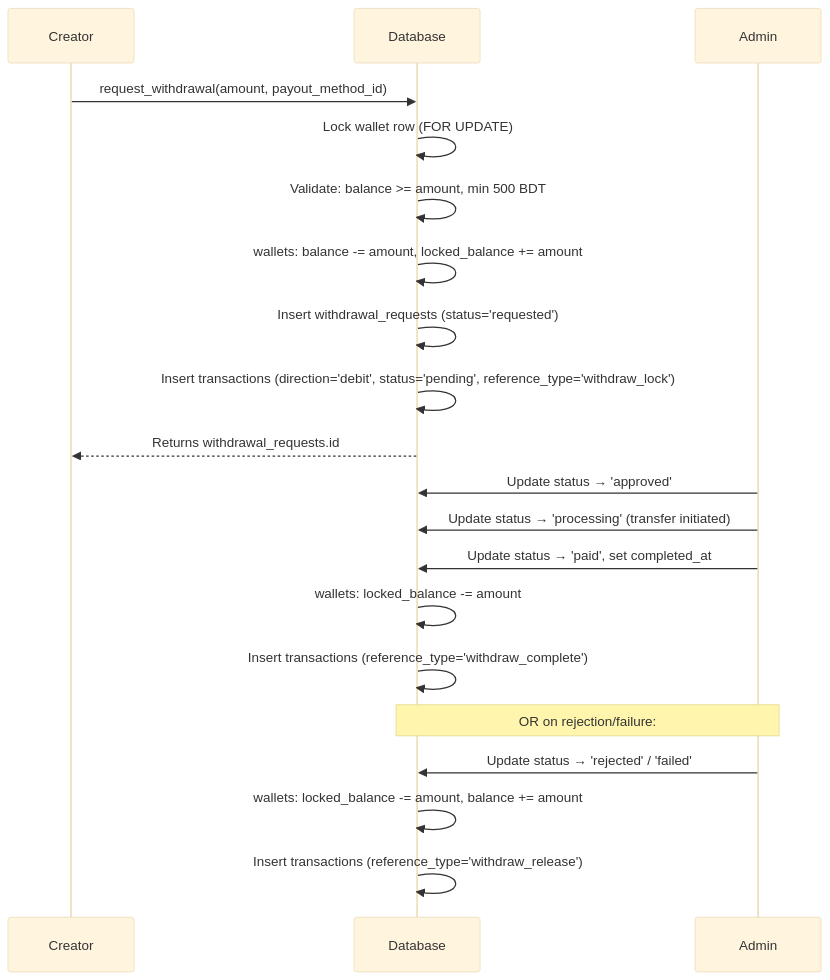
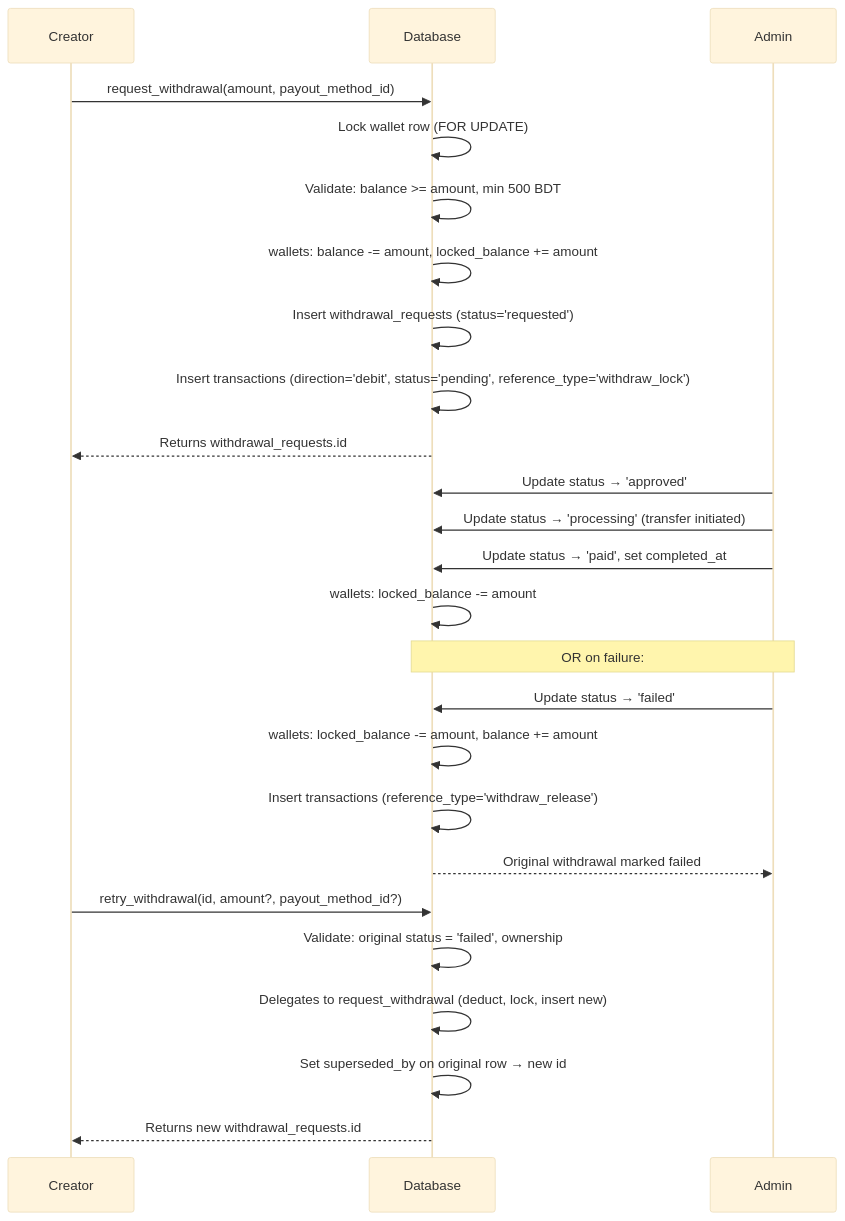
Before and after one commit to hobenakicoffee/libraries: the diagram in docs/payments-and-memberships/backend/withdrawal-requests.md, drawn with Mermaid (base theme). The commit also changed other lines of this file, not shown here.

Commit message:
docs: update withdrawal requestes related guides

````diff
--- a/docs/payments-and-memberships/backend/withdrawal-requests.md
+++ b/docs/payments-and-memberships/backend/withdrawal-requests.md
@@ -55,25 +58,31 @@
 ```mermaid
 sequenceDiagram
     participant C as Creator
     participant DB as Database
     participant A as Admin
 
     C->>DB: request_withdrawal(amount, payout_method_id)
     DB->>DB: Lock wallet row (FOR UPDATE)
     DB->>DB: Validate: balance >= amount, min 500 BDT
     DB->>DB: wallets: balance -= amount, locked_balance += amount
     DB->>DB: Insert withdrawal_requests (status='requested')
     DB->>DB: Insert transactions (direction='debit', status='pending', reference_type='withdraw_lock')
     DB-->>C: Returns withdrawal_requests.id
 
     A->>DB: Update status → 'approved'
     A->>DB: Update status → 'processing' (transfer initiated)
     A->>DB: Update status → 'paid', set completed_at
     DB->>DB: wallets: locked_balance -= amount
-    DB->>DB: Insert transactions (reference_type='withdraw_complete')
 
-    note over A,DB: OR on rejection/failure:
-    A->>DB: Update status → 'rejected' / 'failed'
+    note over A,DB: OR on failure:
+    A->>DB: Update status → 'failed'
     DB->>DB: wallets: locked_balance -= amount, balance += amount
     DB->>DB: Insert transactions (reference_type='withdraw_release')
+    DB-->>A: Original withdrawal marked failed
+
+    C->>DB: retry_withdrawal(id, amount?, payout_method_id?)
+    DB->>DB: Validate: original status = 'failed', ownership
+    DB->>DB: Delegates to request_withdrawal (deduct, lock, insert new)
+    DB->>DB: Set superseded_by on original row → new id
+    DB-->>C: Returns new withdrawal_requests.id
 ```
````
